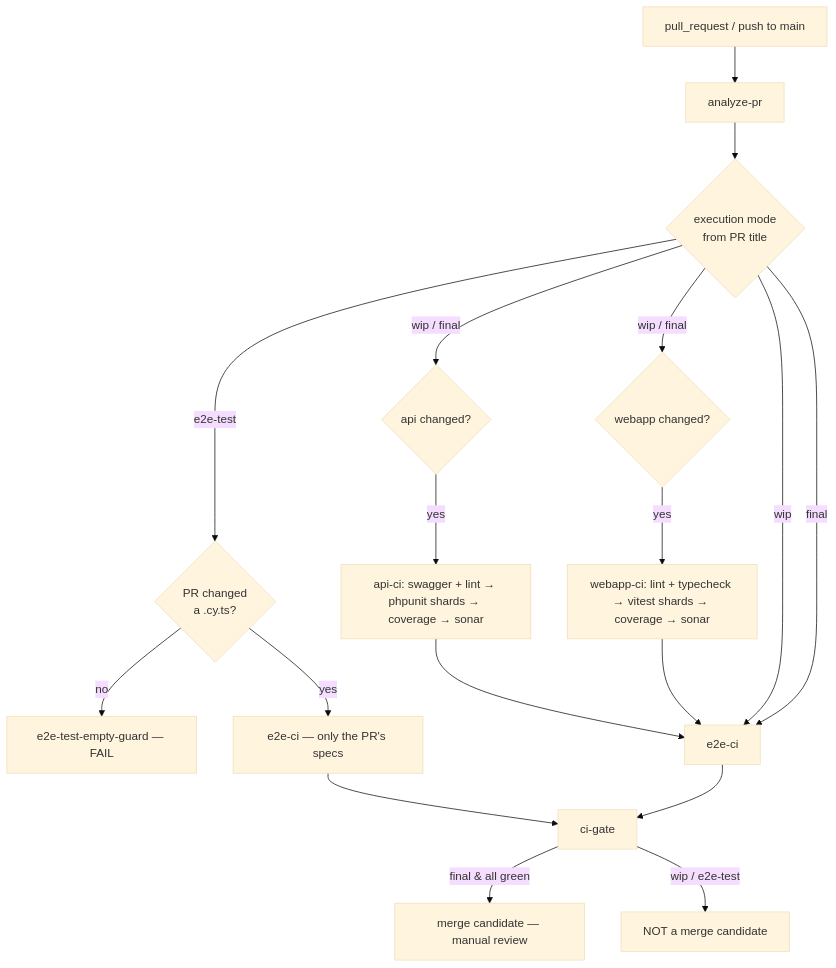
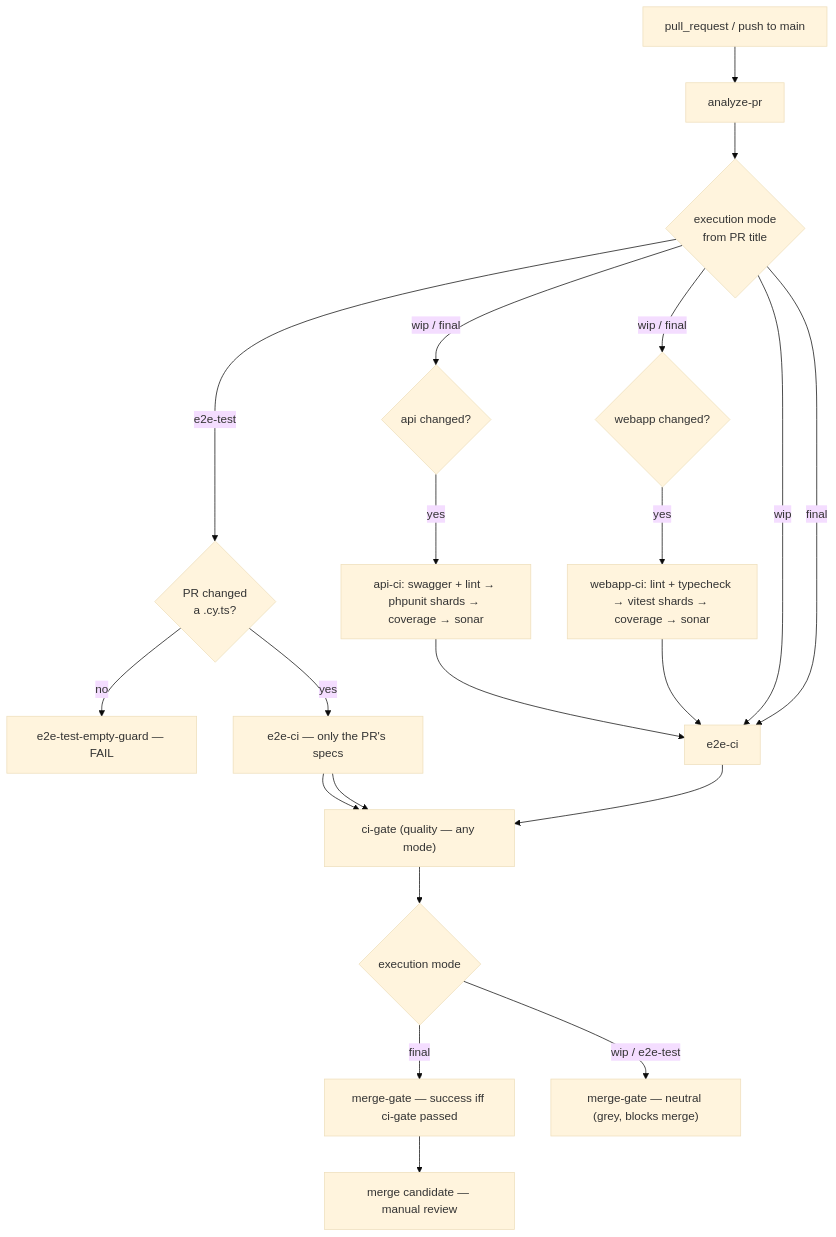
The diagram in doc/conventions/ci/pipeline.md (pakodiazdev/sushigo), drawn with Mermaid (base theme) before and after one commit. The commit also changed other lines of this file and 9 other files, not shown here.

First line of the commit message:
🔧 [#596] - Split the merge gate: ci-gate green in [wip], merge-gate posts neutral 🚦

````diff
--- a/doc/conventions/ci/pipeline.md
+++ b/doc/conventions/ci/pipeline.md
@@ -18,25 +21,28 @@
 ```mermaid
 flowchart TD
     PR[pull_request / push to main] --> A[analyze-pr]
     A --> MODE{execution mode<br/>from PR title}
 
     MODE -->|e2e-test| GUARD{PR changed<br/>a .cy.ts?}
     GUARD -->|no| GFAIL[e2e-test-empty-guard — FAIL]
     GUARD -->|yes| ECY[e2e-ci — only the PR's specs]
     ECY --> GATE
 
     MODE -->|wip / final| AQ{api changed?}
     MODE -->|wip / final| WQ{webapp changed?}
 
     AQ -->|yes| ACI[api-ci: swagger + lint → phpunit shards → coverage → sonar]
     WQ -->|yes| WCI[webapp-ci: lint + typecheck → vitest shards → coverage → sonar]
 
     ACI --> E2E[e2e-ci]
     WCI --> E2E
     MODE -->|wip| E2E
     MODE -->|final| E2E
-    E2E --> GATE[ci-gate]
+    E2E --> GATE["ci-gate (quality — any mode)"]
+    ECY --> GATE
 
-    GATE -->|final & all green| MERGEOK[merge candidate — manual review]
-    GATE -->|wip / e2e-test| BLOCKED[NOT a merge candidate]
+    GATE --> MG{execution mode}
+    MG -->|final| MERGEGATE["merge-gate — success iff ci-gate passed"]
+    MG -->|wip / e2e-test| MGNEUTRAL["merge-gate — neutral (grey, blocks merge)"]
+    MERGEGATE --> MERGEOK[merge candidate — manual review]
 ```
````
